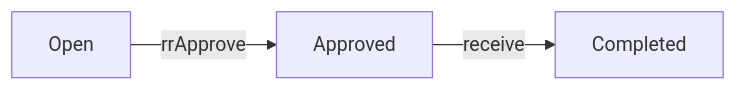
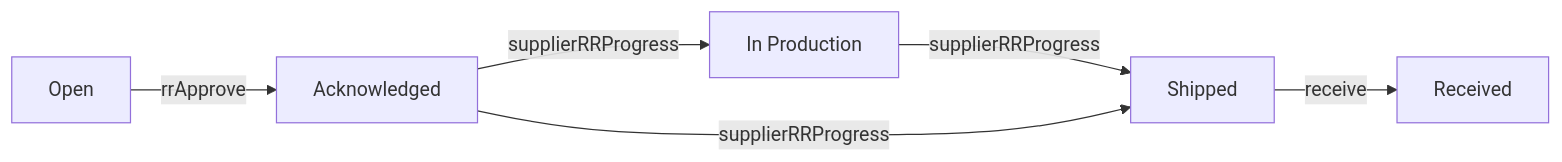
Before and after one commit to Yhelie08/Supply-Chain-SystemV2: the diagram in vault/Data Model/rrs.md, drawn with Mermaid. The commit also changed other lines of this file and 350 other files, not shown here.

````diff
--- a/vault/Data Model/rrs.md
+++ b/vault/Data Model/rrs.md
@@ -21,5 +25,8 @@
 ```mermaid
 flowchart LR
-  Open["Open"] -->|rrApprove| Approved["Approved"]
-  Approved["Approved"] -->|receive| Completed["Completed"]
+  Open["Open"] -->|rrApprove| Acknowledged["Acknowledged"]
+  Acknowledged["Acknowledged"] -->|supplierRRProgress| In_Production["In Production"]
+  In_Production["In Production"] -->|supplierRRProgress| Shipped["Shipped"]
+  Acknowledged["Acknowledged"] -->|supplierRRProgress| Shipped["Shipped"]
+  Shipped["Shipped"] -->|receive| Received["Received"]
 ```
````
